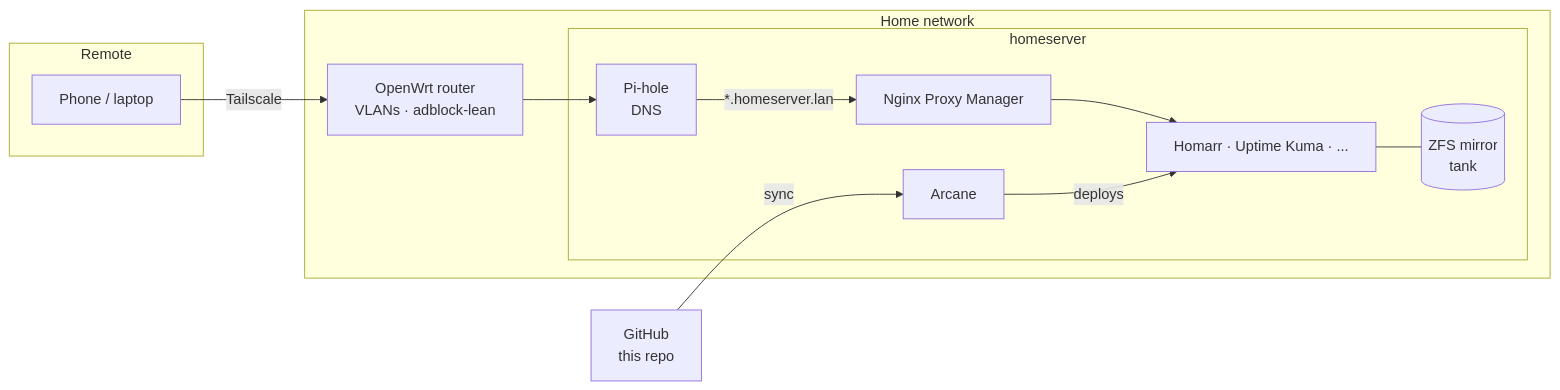
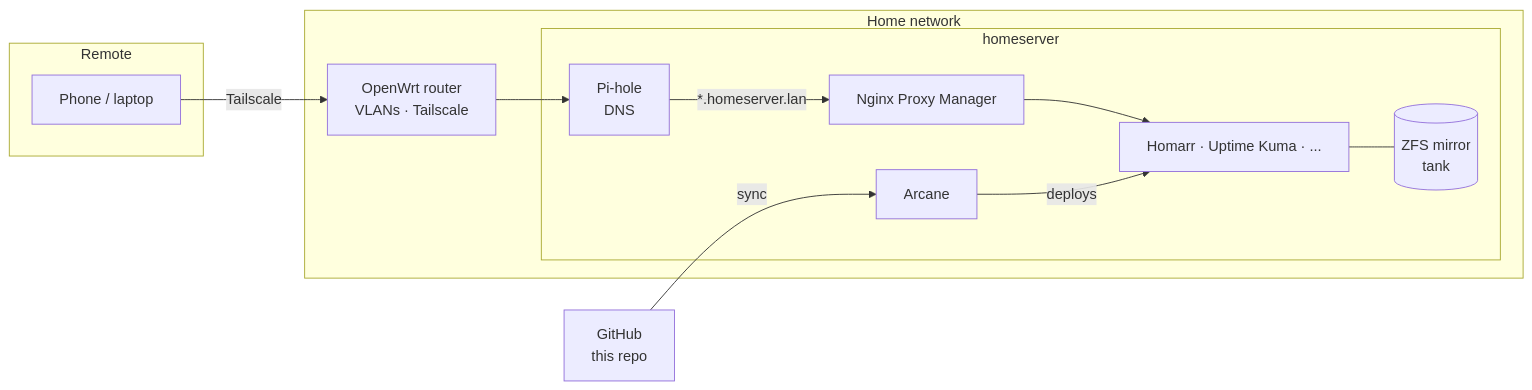
Before and after one commit to hyungjun13/homelab: the diagram in README.md, drawn with Mermaid. The commit also changed other lines of this file, not shown here.

````diff
--- a/README.md
+++ b/README.md
@@ -17,25 +17,25 @@
 ```mermaid
 flowchart LR
     subgraph Remote
         phone[Phone / laptop]
     end
     subgraph Home network
-        router[OpenWrt router<br/>VLANs · adblock-lean]
+        router[OpenWrt router<br/>VLANs · Tailscale]
         subgraph homeserver
             pihole[Pi-hole<br/>DNS]
             npm[Nginx Proxy Manager]
             apps[Homarr · Uptime Kuma · ...]
             arcane[Arcane]
             zfs[(ZFS mirror<br/>tank)]
         end
     end
     gh[GitHub<br/>this repo]
 
     phone -- Tailscale --> router
     router --> pihole
     pihole -- "*.homeserver.lan" --> npm
     npm --> apps
     gh -- sync --> arcane
     arcane -- deploys --> apps
     apps --- zfs
 ```
````
